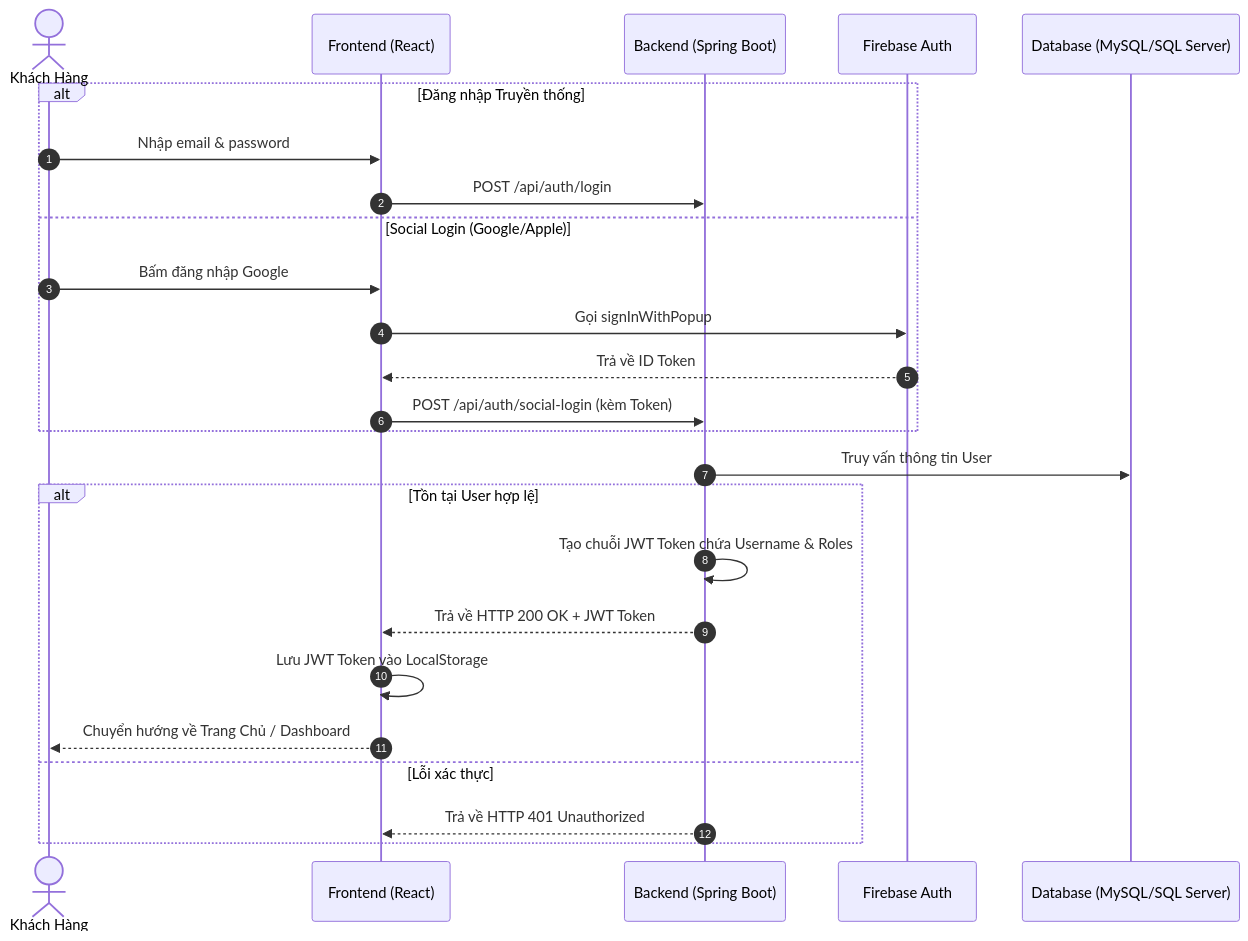
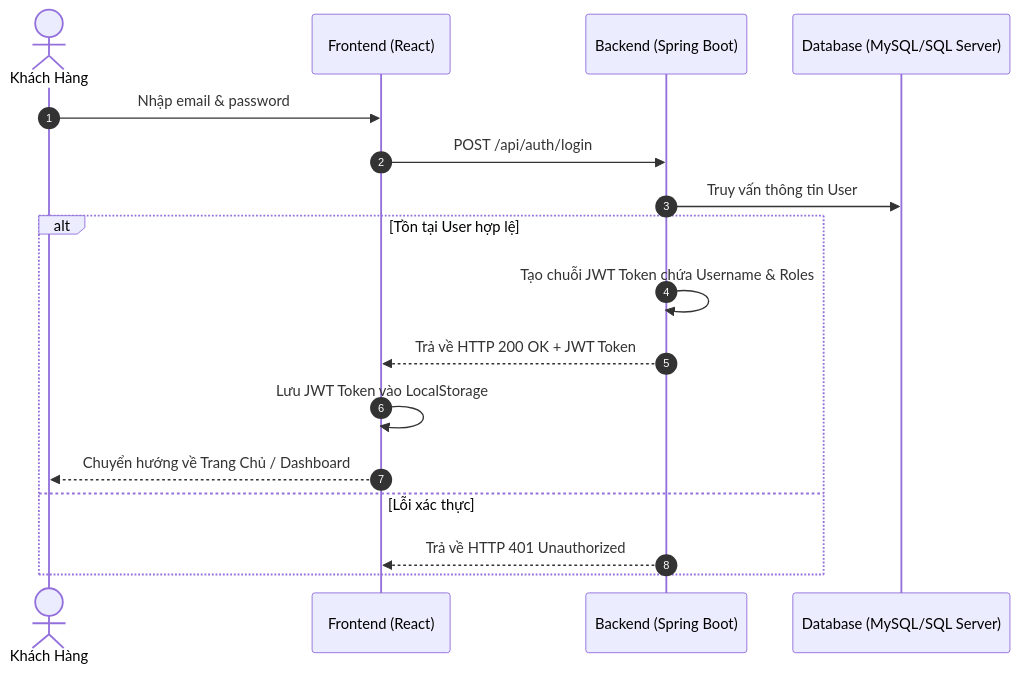
The third of 5 diagrams in README.md (BryannLee202/TestingProject), drawn with Mermaid before and after one commit. The commit also changed other lines of this file and 14 other files, not shown here.

First line of the commit message:
Xoá đăng nhập Google/Firebase (frontend, backend, dependency, docs)

````diff
--- a/README.md
+++ b/README.md
@@ -285,29 +284,20 @@
 ```mermaid
 sequenceDiagram
   autonumber
   actor User as Khách Hàng
   participant FE as Frontend (React)
   participant BE as Backend (Spring Boot)
-  participant Firebase as Firebase Auth
   participant DB as Database (MySQL/SQL Server)
 
-  alt Đăng nhập Truyền thống
-      User->>FE: Nhập email & password
-      FE->>BE: POST /api/auth/login
-  else Social Login (Google/Apple)
-      User->>FE: Bấm đăng nhập Google
-      FE->>Firebase: Gọi signInWithPopup
-      Firebase-->>FE: Trả về ID Token
-      FE->>BE: POST /api/auth/social-login (kèm Token)
-  end
-
+  User->>FE: Nhập email & password
+  FE->>BE: POST /api/auth/login
   BE->>DB: Truy vấn thông tin User
   alt Tồn tại User hợp lệ
     BE->>BE: Tạo chuỗi JWT Token chứa Username & Roles
     BE-->>FE: Trả về HTTP 200 OK + JWT Token
     FE->>FE: Lưu JWT Token vào LocalStorage
     FE-->>User: Chuyển hướng về Trang Chủ / Dashboard
   else Lỗi xác thực
     BE-->>FE: Trả về HTTP 401 Unauthorized
   end
 ```
````
